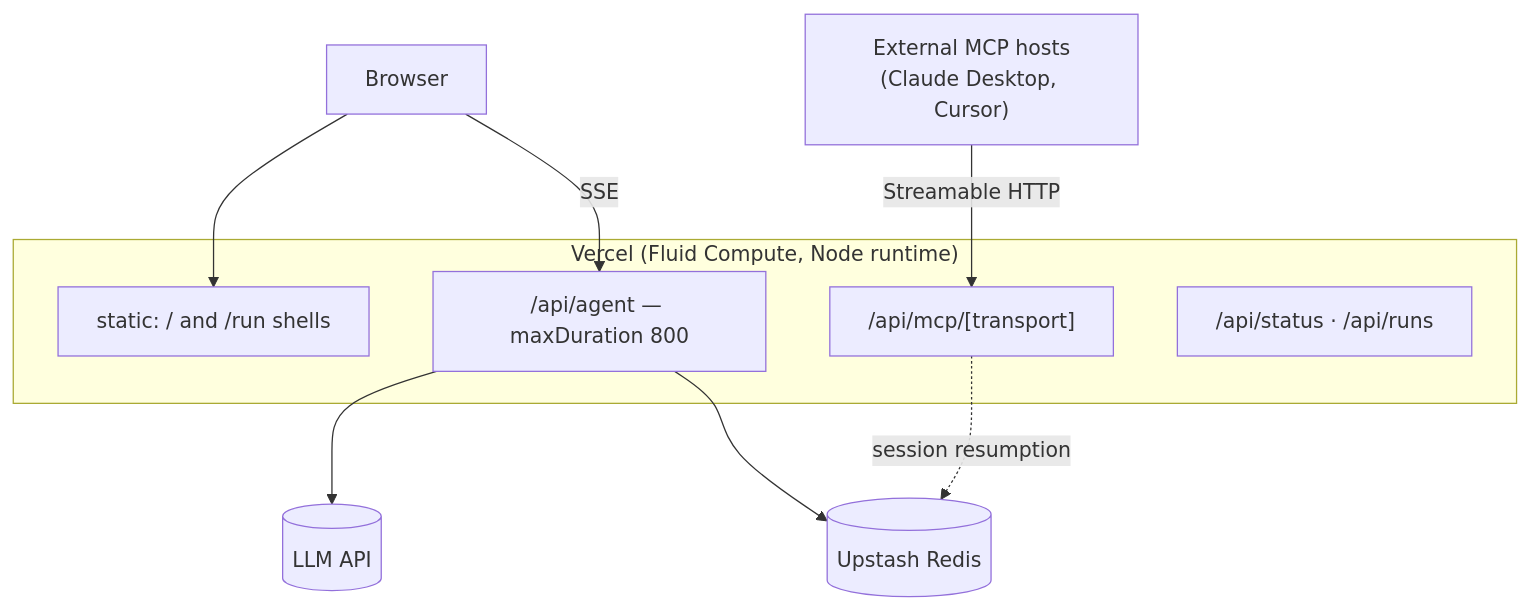
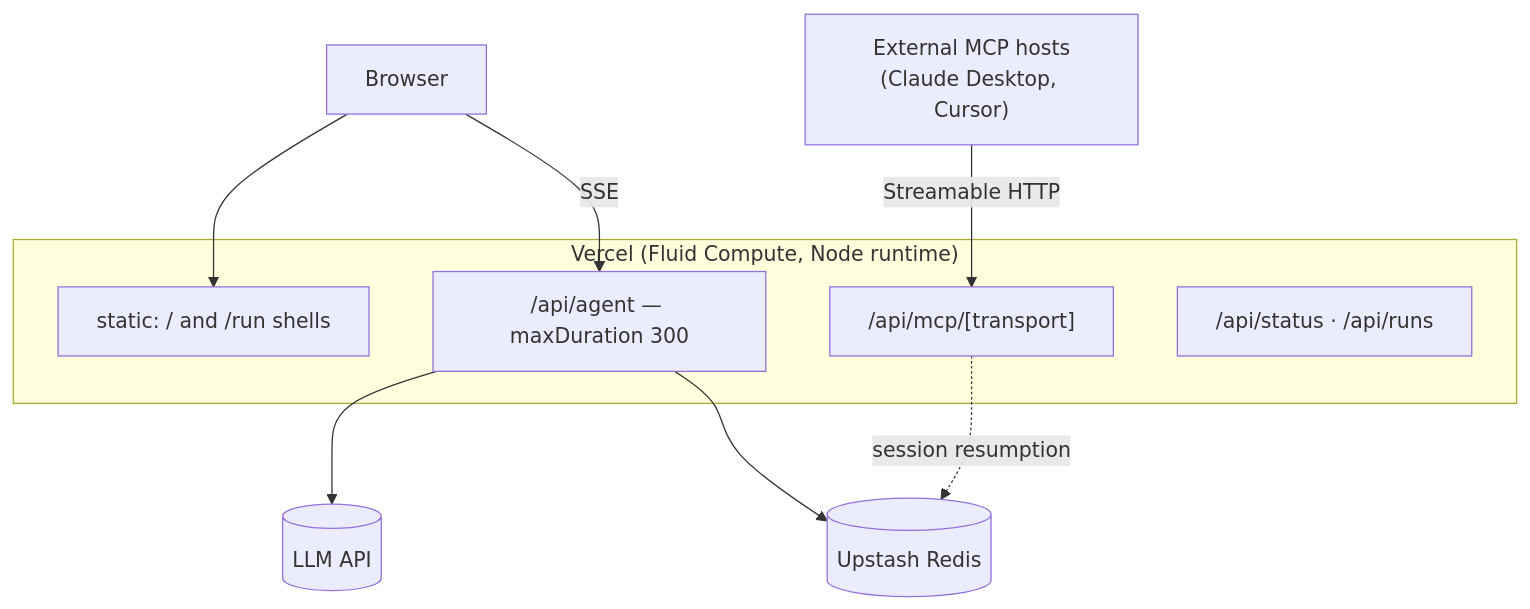
One commit to DestroyorahSignus/Nero changed diagram 17 of 17 in ARCHITECTURE.md. Above: the diagram before and after it, drawn with Mermaid. The commit also changed other lines of this file and 5 other files, not shown here.

Commit message:
docs: link ARCHITECTURE.md from README; default maxDuration 300 (Hobby-safe, raise to 800 on Pro)

````diff
--- a/ARCHITECTURE.md
+++ b/ARCHITECTURE.md
@@ -521,15 +521,15 @@
 ```mermaid
 flowchart TB
     subgraph VERCEL["Vercel (Fluid Compute, Node runtime)"]
         STATIC["static: / and /run shells"]
-        FN1["/api/agent — maxDuration 800"]
+        FN1["/api/agent — maxDuration 300"]
         FN2["/api/mcp/[transport]"]
         FN3["/api/status · /api/runs"]
     end
     USER[Browser] --> STATIC
     USER -->|SSE| FN1
     EXTHOST["External MCP hosts<br/>(Claude Desktop, Cursor)"] -->|Streamable HTTP| FN2
     FN1 --> PROVIDER[(LLM API)]
     FN1 --> UPSTASH[(Upstash Redis)]
     FN2 -.->|session resumption| UPSTASH
 ```
````
